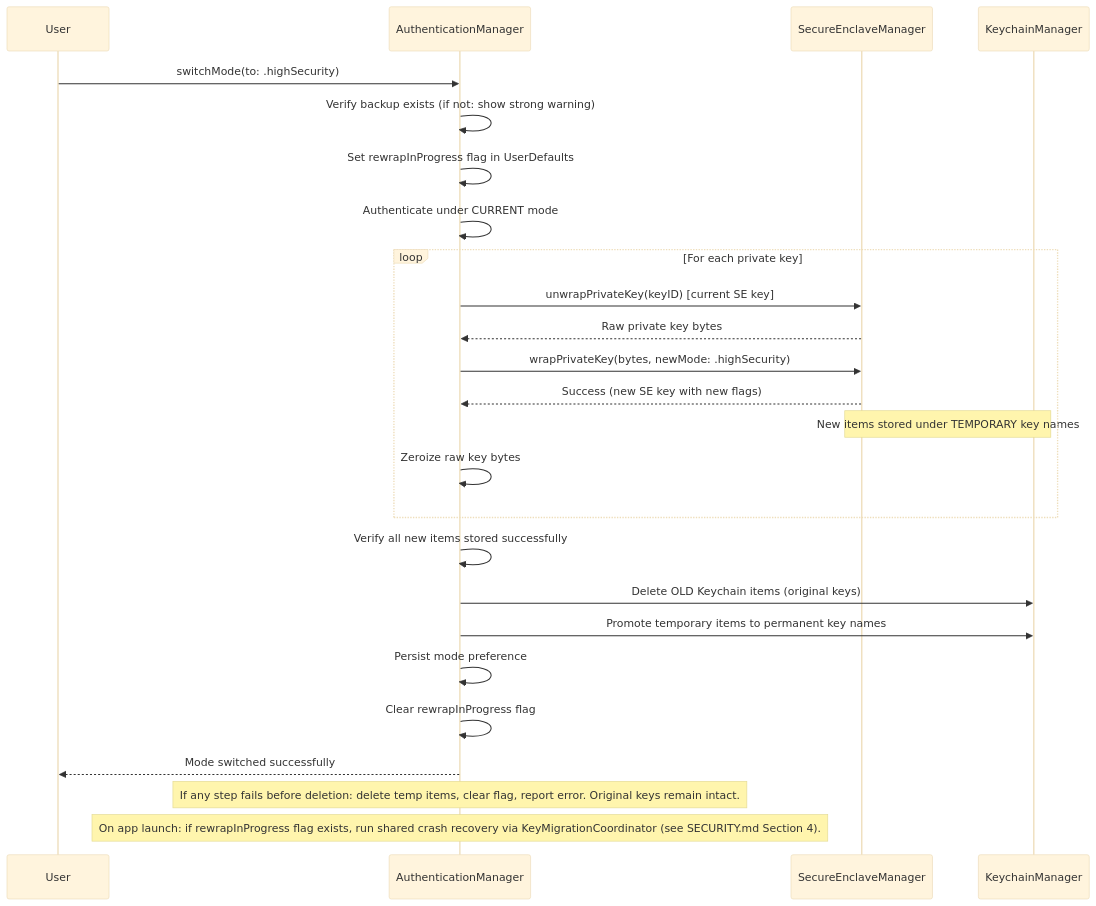
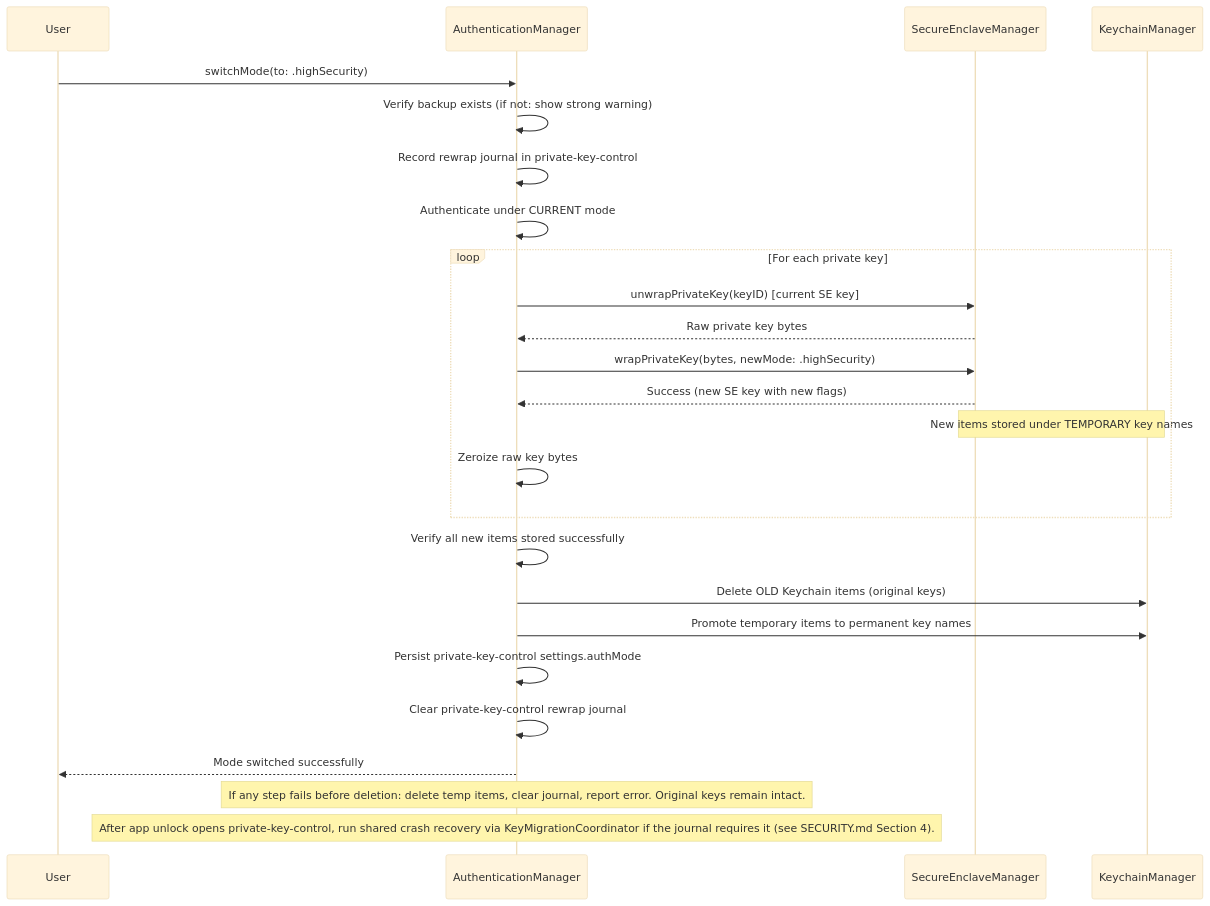
One commit to cypherair/cypherair changed the sixth of 6 diagrams in docs/ARCHITECTURE.md. Above: the diagram before and after it, drawn with Mermaid (base theme). The commit also changed other lines of this file and 8 other files, not shown here.

````diff
--- a/docs/ARCHITECTURE.md
+++ b/docs/ARCHITECTURE.md
@@ -309,31 +312,31 @@
 ```mermaid
 sequenceDiagram
     participant U as User
     participant AM as AuthenticationManager
     participant SEM as SecureEnclaveManager
     participant KC as KeychainManager
 
     U->>AM: switchMode(to: .highSecurity)
     AM->>AM: Verify backup exists (if not: show strong warning)
-    AM->>AM: Set rewrapInProgress flag in UserDefaults
+    AM->>AM: Record rewrap journal in private-key-control
     AM->>AM: Authenticate under CURRENT mode
 
     loop For each private key
         AM->>SEM: unwrapPrivateKey(keyID) [current SE key]
         SEM-->>AM: Raw private key bytes
         AM->>SEM: wrapPrivateKey(bytes, newMode: .highSecurity)
         SEM-->>AM: Success (new SE key with new flags)
         Note over SEM,KC: New items stored under TEMPORARY key names
         AM->>AM: Zeroize raw key bytes
     end
 
     AM->>AM: Verify all new items stored successfully
     AM->>KC: Delete OLD Keychain items (original keys)
     AM->>KC: Promote temporary items to permanent key names
-    AM->>AM: Persist mode preference
-    AM->>AM: Clear rewrapInProgress flag
+    AM->>AM: Persist private-key-control settings.authMode
+    AM->>AM: Clear private-key-control rewrap journal
     AM-->>U: Mode switched successfully
 
-    Note over AM: If any step fails before deletion: delete temp items, clear flag, report error. Original keys remain intact.
-    Note over AM: On app launch: if rewrapInProgress flag exists, run shared crash recovery via KeyMigrationCoordinator (see SECURITY.md Section 4).
+    Note over AM: If any step fails before deletion: delete temp items, clear journal, report error. Original keys remain intact.
+    Note over AM: After app unlock opens private-key-control, run shared crash recovery via KeyMigrationCoordinator if the journal requires it (see SECURITY.md Section 4).
 ```
````
